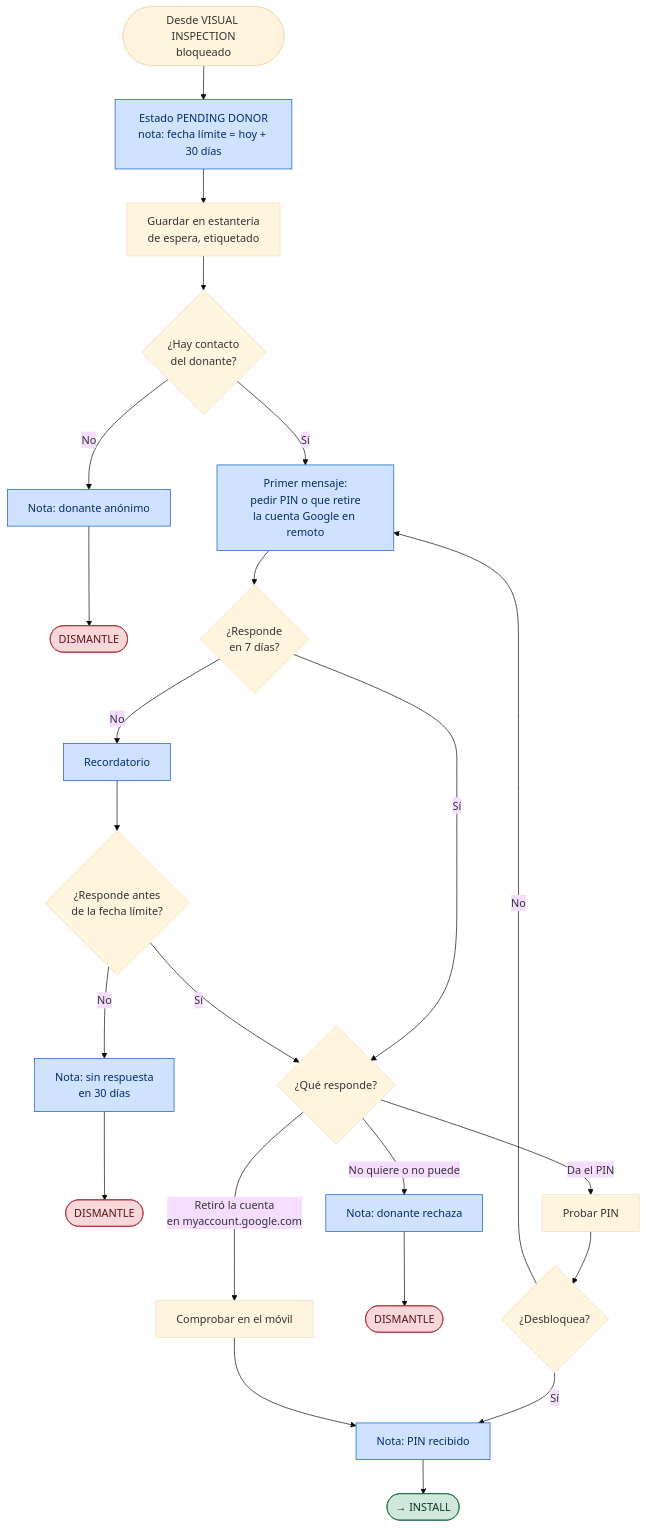
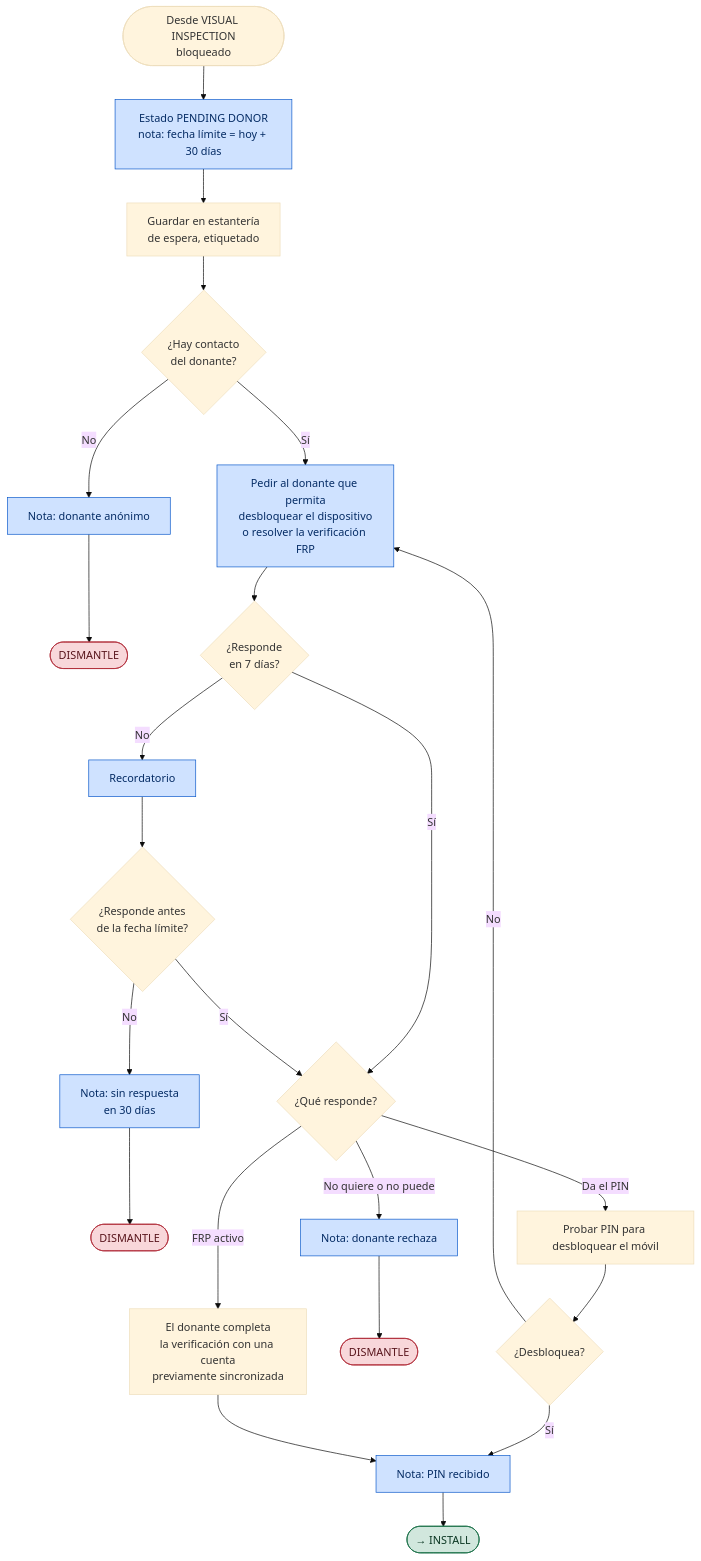
The fourth of 8 diagrams in docs/diagramas-detallados.md (aucoop/vincle-digital-docs), drawn with Mermaid (base theme) before and after one commit. The commit also changed other lines of this file, not shown here.

Commit message:
Update diagramas-detallados.md PENDING DONOR: PIN / FRP
parte de contacto y respuesta

````diff
--- a/docs/diagramas-detallados.md
+++ b/docs/diagramas-detallados.md
@@ -178,33 +178,33 @@
 ```mermaid
 flowchart TD
     IN(["Desde VISUAL INSPECTION<br/>bloqueado"]) --> ST_PD["Estado PENDING DONOR<br/>nota: fecha límite = hoy + 30 días"]:::dh
     ST_PD --> GUARDAR["Guardar en estantería<br/>de espera, etiquetado"]
     GUARDAR --> CONTACTO{"¿Hay contacto<br/>del donante?"}
 
     CONTACTO -->|"No"| N_ANON["Nota: donante anónimo"]:::dh
     N_ANON --> DIS1(["DISMANTLE"]):::reject
 
-    CONTACTO -->|"Sí"| MSG["Primer mensaje:<br/>pedir PIN o que retire<br/>la cuenta Google en remoto"]:::dh
+    CONTACTO -->|"Sí"| MSG["Pedir al donante que permita<br/>desbloquear el dispositivo<br/>o resolver la verificación FRP"]:::dh
     MSG --> R1{"¿Responde<br/>en 7 días?"}
     R1 -->|"No"| REC["Recordatorio"]:::dh
     REC --> R2{"¿Responde antes<br/>de la fecha límite?"}
     R2 -->|"No"| N_TIME["Nota: sin respuesta<br/>en 30 días"]:::dh
     N_TIME --> DIS2(["DISMANTLE"]):::reject
 
     R1 -->|"Sí"| QUE
     R2 -->|"Sí"| QUE{"¿Qué responde?"}
-    QUE -->|"Da el PIN"| PIN["Probar PIN"]
-    QUE -->|"Retiró la cuenta<br/>en myaccount.google.com"| RET["Comprobar en el móvil"]
+    QUE -->|"Da el PIN"| PIN["Probar PIN para desbloquear el móvil"]
+    QUE -->|"FRP activo"| FRP_OK["El donante completa<br/>la verificación con una cuenta<br/>previamente sincronizada"]
     QUE -->|"No quiere o no puede"| N_NEG["Nota: donante rechaza"]:::dh
     N_NEG --> DIS3(["DISMANTLE"]):::reject
 
     PIN --> FUNC{"¿Desbloquea?"}
     FUNC -->|"No"| MSG
     FUNC -->|"Sí"| N_OK["Nota: PIN recibido"]:::dh
-    RET --> N_OK
+    FRP_OK --> N_OK
     N_OK --> OK(["→ INSTALL"]):::ok
 
     classDef reject fill:#f8d7da,stroke:#b02a37,color:#58151c
     classDef ok fill:#d1e7dd,stroke:#146c43,color:#0a3622
     classDef dh fill:#cfe2ff,stroke:#0a58ca,color:#052c65
 ```
````
